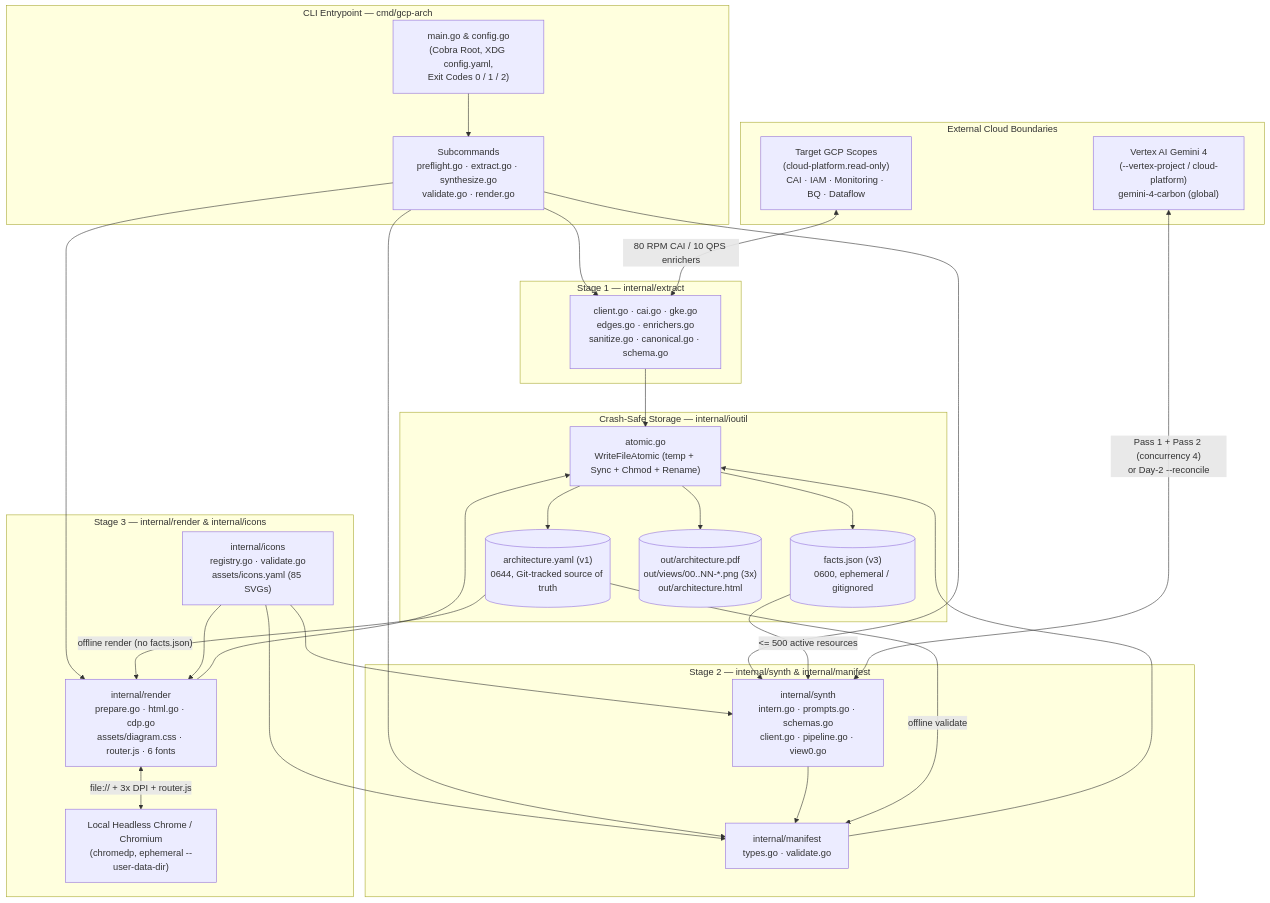
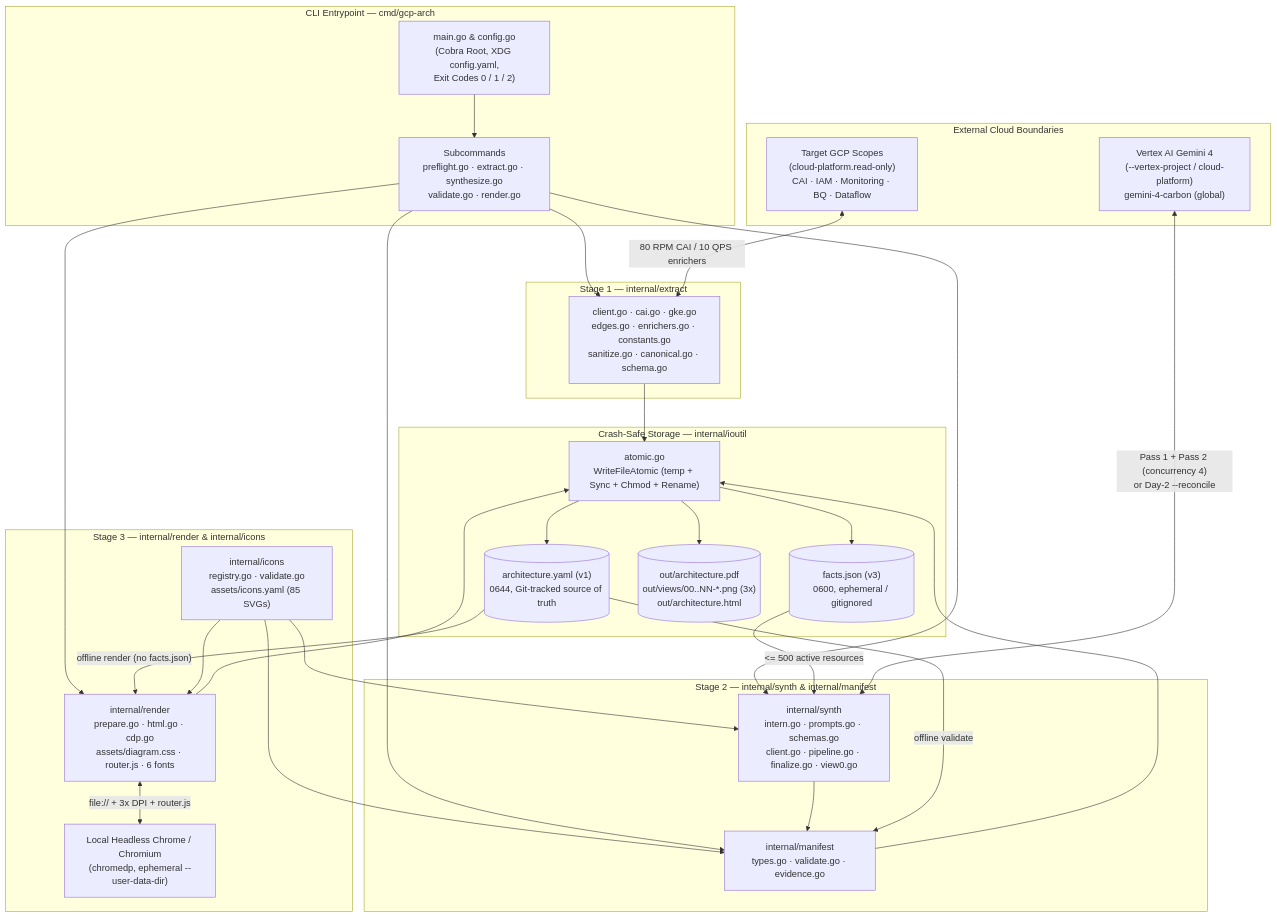
Before and after one commit to arrase/gcp-arch: the first of 2 diagrams in gh-pages/architecture.md, drawn with Mermaid. The commit also changed other lines of this file and 11 other files, not shown here.

````diff
--- a/gh-pages/architecture.md
+++ b/gh-pages/architecture.md
@@ -24,59 +24,59 @@
 ```mermaid
 flowchart TD
     subgraph CLI ["CLI Entrypoint — cmd/gcp-arch"]
         Main["main.go & config.go\n(Cobra Root, XDG config.yaml,\nExit Codes 0 / 1 / 2)"]
         SubCmds["Subcommands\npreflight.go · extract.go · synthesize.go\nvalidate.go · render.go"]
     end
 
     subgraph ExternalCloud ["External Cloud Boundaries"]
         GCPReadOnly["Target GCP Scopes\n(cloud-platform.read-only)\nCAI · IAM · Monitoring · BQ · Dataflow"]
         VertexAI["Vertex AI Gemini 4\n(--vertex-project / cloud-platform)\ngemini-4-carbon (global)"]
     end
 
     subgraph Stage1 ["Stage 1 — internal/extract"]
-        ExtractPkg["client.go · cai.go · gke.go\nedges.go · enrichers.go\nsanitize.go · canonical.go · schema.go"]
+        ExtractPkg["client.go · cai.go · gke.go\nedges.go · enrichers.go · constants.go\nsanitize.go · canonical.go · schema.go"]
     end
 
     subgraph Stage2 ["Stage 2 — internal/synth & internal/manifest"]
-        SynthPkg["internal/synth\nintern.go · prompts.go · schemas.go\nclient.go · pipeline.go · view0.go"]
-        ManifestPkg["internal/manifest\ntypes.go · validate.go"]
+        SynthPkg["internal/synth\nintern.go · prompts.go · schemas.go\nclient.go · pipeline.go · finalize.go · view0.go"]
+        ManifestPkg["internal/manifest\ntypes.go · validate.go · evidence.go"]
     end
 
     subgraph Stage3 ["Stage 3 — internal/render & internal/icons"]
         IconsPkg["internal/icons\nregistry.go · validate.go\nassets/icons.yaml (85 SVGs)"]
         RenderPkg["internal/render\nprepare.go · html.go · cdp.go\nassets/diagram.css · router.js · 6 fonts"]
         Chrome["Local Headless Chrome / Chromium\n(chromedp, ephemeral --user-data-dir)"]
     end
 
     subgraph Storage ["Crash-Safe Storage — internal/ioutil"]
         Atomic["atomic.go\nWriteFileAtomic (temp + Sync + Chmod + Rename)"]
         FactsFile[("facts.json (v3)\n0600, ephemeral / gitignored")]
         ManifestFile[("architecture.yaml (v1)\n0644, Git-tracked source of truth")]
         Deliverables[("out/architecture.pdf\nout/views/00..NN-*.png (3x)\nout/architecture.html")]
     end
 
     Main --> SubCmds
     SubCmds --> ExtractPkg
     SubCmds --> SynthPkg
     SubCmds --> ManifestPkg
     SubCmds --> RenderPkg
 
     GCPReadOnly <-->|"80 RPM CAI / 10 QPS enrichers"| ExtractPkg
     ExtractPkg --> Atomic
     Atomic --> FactsFile
 
     FactsFile -->|"<= 500 active resources"| SynthPkg
     VertexAI <-->|"Pass 1 + Pass 2 (concurrency 4)\nor Day-2 --reconcile"| SynthPkg
     SynthPkg --> ManifestPkg
     IconsPkg --> SynthPkg
     IconsPkg --> ManifestPkg
     ManifestPkg --> Atomic
     Atomic --> ManifestFile
 
     ManifestFile -->|"offline validate"| ManifestPkg
     ManifestFile -->|"offline render (no facts.json)"| RenderPkg
     IconsPkg --> RenderPkg
     RenderPkg <-->|"file:// + 3x DPI + router.js"| Chrome
     RenderPkg --> Atomic
     Atomic --> Deliverables
 ```
````
